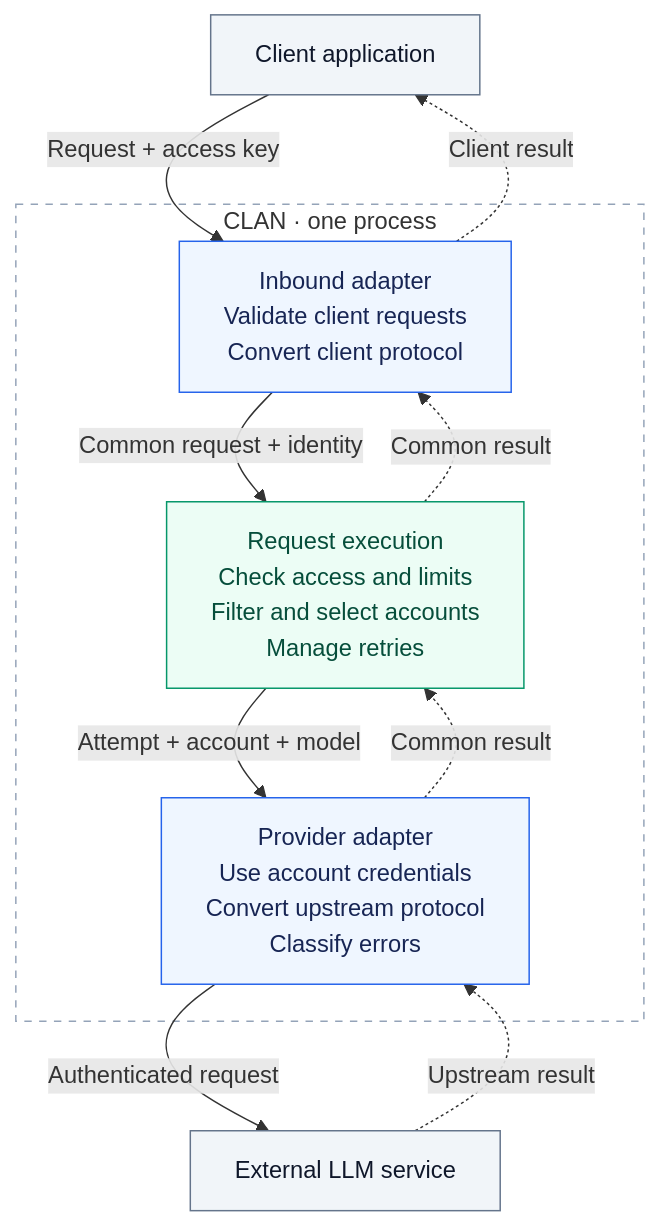
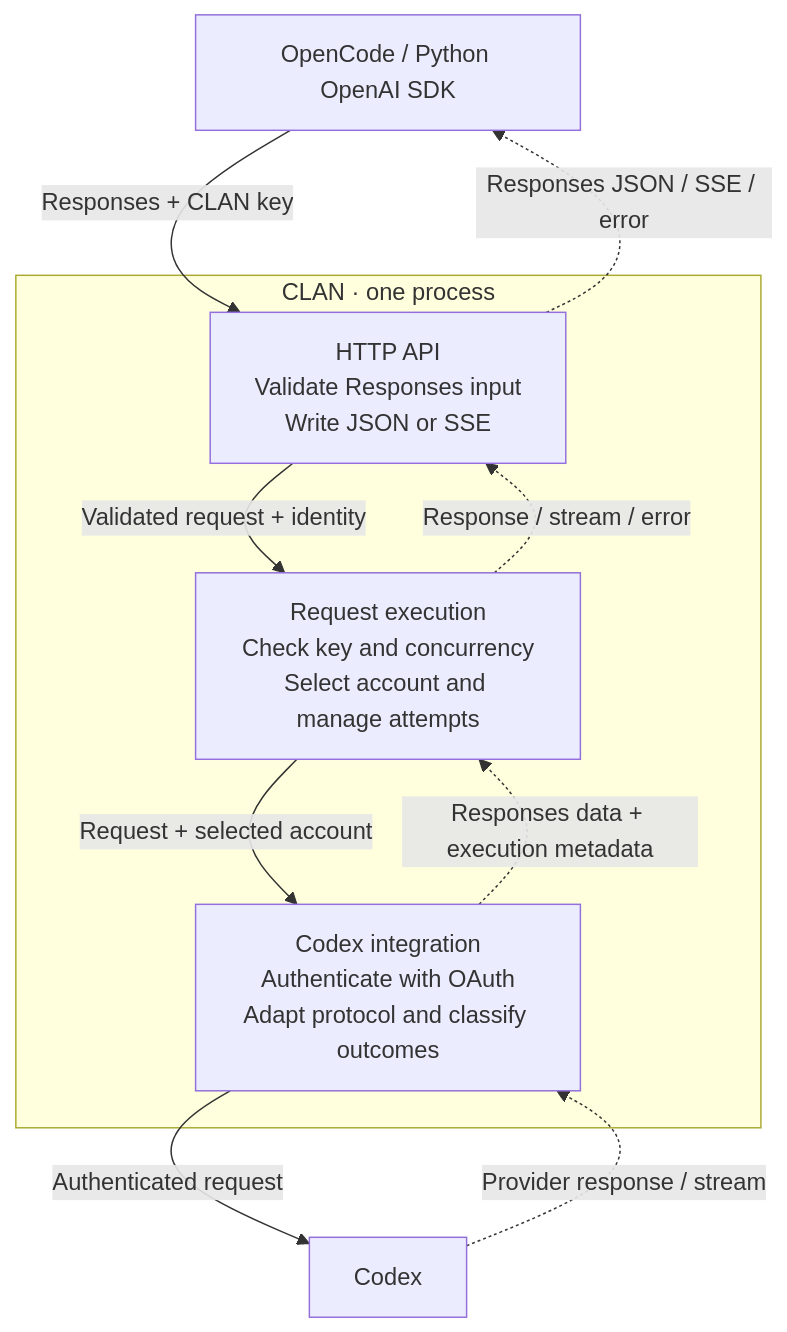
Before and after one commit to deyna256/clan: the diagram in README.md, drawn with Mermaid. The commit also changed other lines of this file and 27 other files, not shown here.

Commit message:
refactor: align first-release design and remove PostgreSQL

````diff
--- a/README.md
+++ b/README.md
@@ -85,33 +70,25 @@
 ```mermaid
 flowchart TB
-    accTitle: CLAN request flow
-    accDescr: A client request passes through an inbound adapter, request execution and a provider adapter within one CLAN process. Results return through the same blocks. Request execution owns access checks, account selection and retries.
+    accTitle: CLAN first-release request flow
+    accDescr: OpenCode or a Python application sends a Responses request to CLAN. The HTTP API validates it, request execution manages access and attempts, and the Codex integration calls Codex using OAuth. Responses return through the same modules.
 
-    client["Client application"]
+    client["OpenCode / Python OpenAI SDK"]
 
     subgraph clan["CLAN · one process"]
-        inbound["Inbound adapter<br/>Validate client requests<br/>Convert client protocol"]
-        execution["Request execution<br/>Check access and limits<br/>Filter and select accounts<br/>Manage retries"]
-        provider["Provider adapter<br/>Use account credentials<br/>Convert upstream protocol<br/>Classify errors"]
+        http["HTTP API<br/>Validate Responses input<br/>Write JSON or SSE"]
+        execution["Request execution<br/>Check key and concurrency<br/>Select account and manage attempts"]
+        codex["Codex integration<br/>Authenticate with OAuth<br/>Adapt protocol and classify outcomes"]
     end
 
-    upstream["External LLM service"]
+    upstream["Codex"]
 
-    client -->|"Request + access key"| inbound
-    inbound -->|"Common request + identity"| execution
-    execution -->|"Attempt + account + model"| provider
-    provider -->|"Authenticated request"| upstream
+    client -->|"Responses + CLAN key"| http
+    http -->|"Validated request + identity"| execution
+    execution -->|"Request + selected account"| codex
+    codex -->|"Authenticated request"| upstream
 
-    upstream -.->|"Upstream result"| provider
-    provider -.->|"Common result"| execution
-    execution -.->|"Common result"| inbound
-    inbound -.->|"Client result"| client
-
-    classDef edge fill:#f1f5f9,stroke:#64748b,color:#0f172a
-    classDef adapter fill:#eff6ff,stroke:#2563eb,color:#172554
-    classDef core fill:#ecfdf5,stroke:#059669,color:#064e3b
-    class client,upstream edge
-    class inbound,provider adapter
-    class execution core
-    style clan fill:transparent,stroke:#94a3b8,stroke-dasharray:5 5
+    upstream -.->|"Provider response / stream"| codex
+    codex -.->|"Responses data + execution metadata"| execution
+    execution -.->|"Response / stream / error"| http
+    http -.->|"Responses JSON / SSE / error"| client
 ```
````
